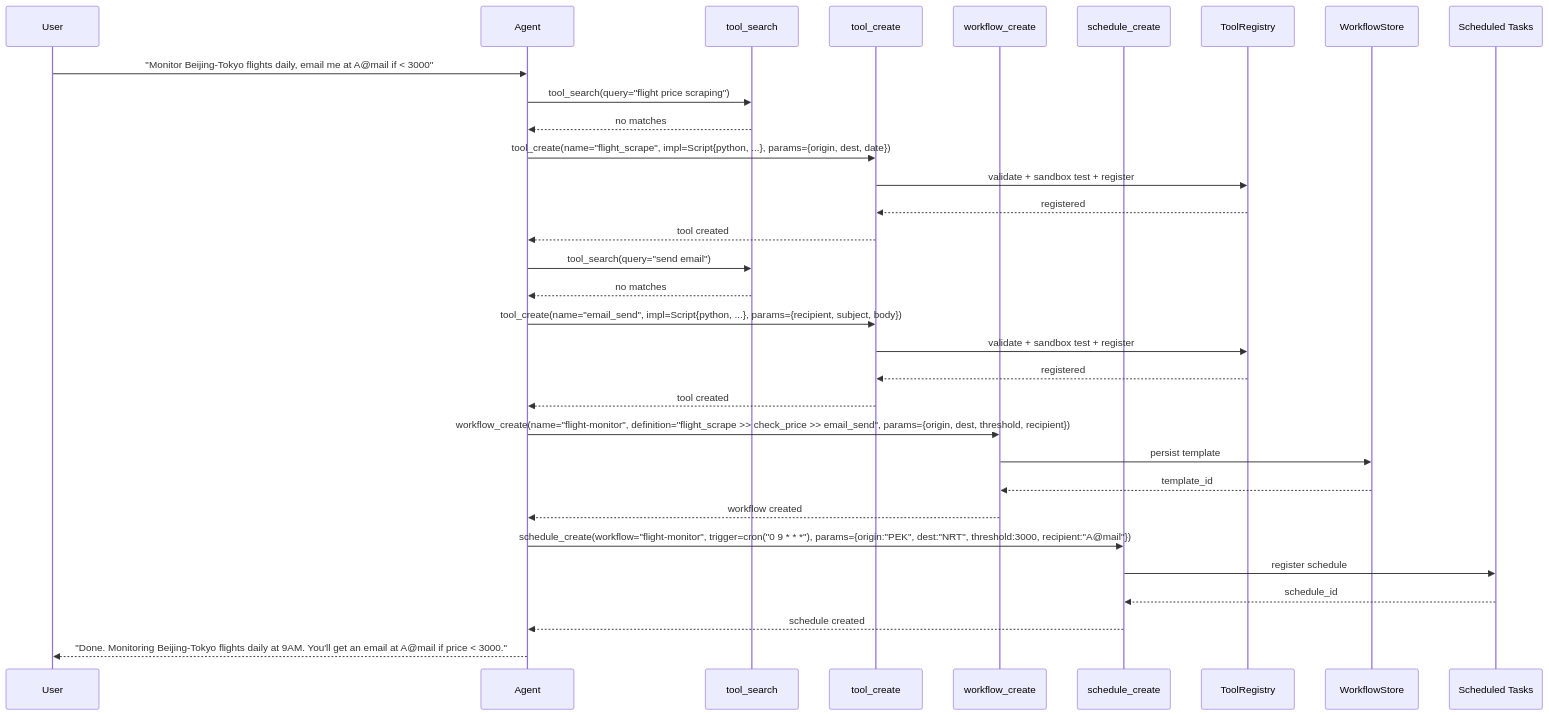
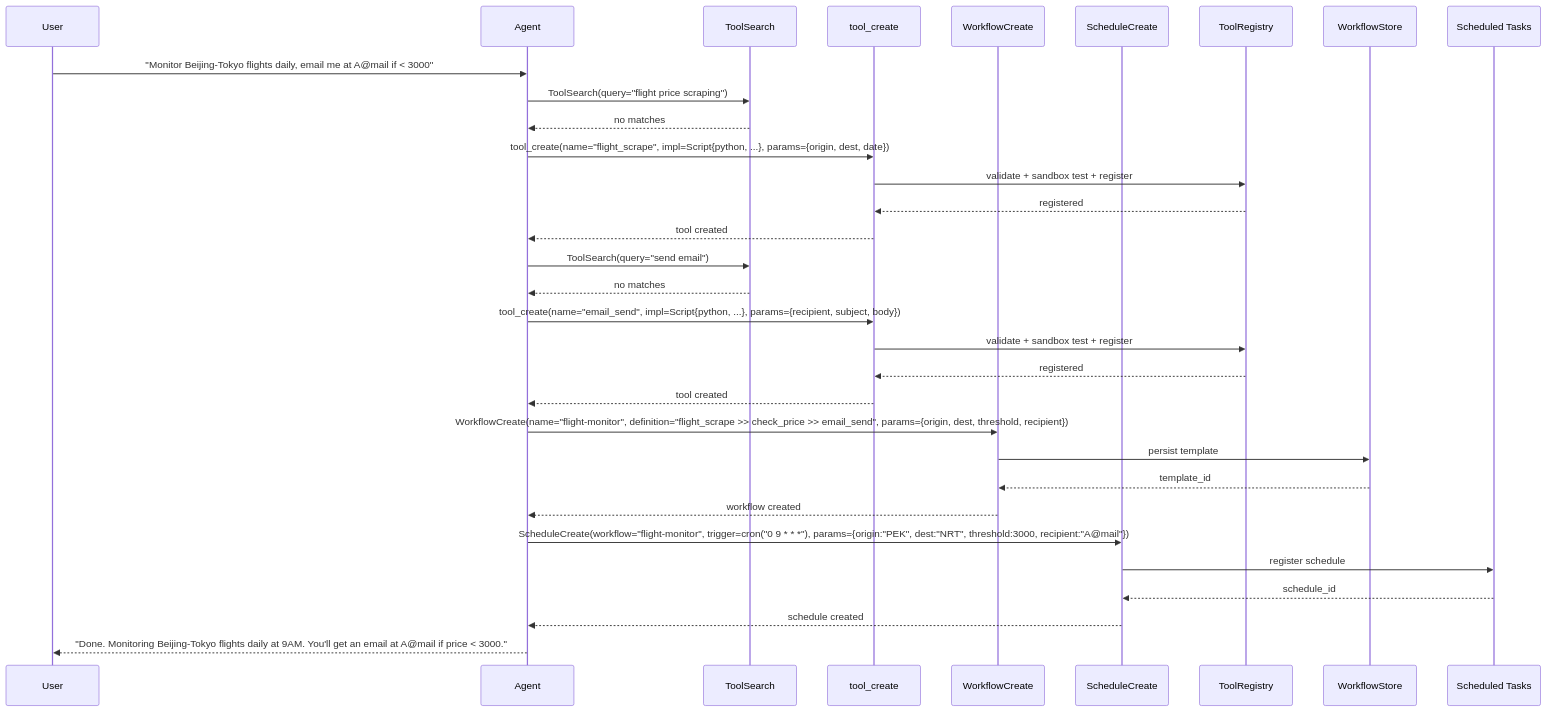
One commit to gorgiaxx/y-agent changed the fourth of 7 diagrams in docs/design/agent-autonomy-design.md. Above: the diagram before and after it, drawn with Mermaid. The commit also changed other lines of this file and 41 other files, not shown here.

````diff
--- a/docs/design/agent-autonomy-design.md
+++ b/docs/design/agent-autonomy-design.md
@@ -411,42 +415,42 @@
 ```mermaid
 sequenceDiagram
     participant User
     participant Agent
-    participant TS as tool_search
+    participant TS as ToolSearch
     participant TC as tool_create
-    participant WC as workflow_create
-    participant SC as schedule_create
+    participant WC as WorkflowCreate
+    participant SC as ScheduleCreate
     participant ToolReg as ToolRegistry
     participant WFStore as WorkflowStore
     participant Scheduler as Scheduled Tasks
 
     User->>Agent: "Monitor Beijing-Tokyo flights daily, email me at A@mail if < 3000"
 
-    Agent->>TS: tool_search(query="flight price scraping")
+    Agent->>TS: ToolSearch(query="flight price scraping")
     TS-->>Agent: no matches
 
     Agent->>TC: tool_create(name="flight_scrape", impl=Script{python, ...}, params={origin, dest, date})
     TC->>ToolReg: validate + sandbox test + register
     ToolReg-->>TC: registered
     TC-->>Agent: tool created
 
-    Agent->>TS: tool_search(query="send email")
+    Agent->>TS: ToolSearch(query="send email")
     TS-->>Agent: no matches
 
     Agent->>TC: tool_create(name="email_send", impl=Script{python, ...}, params={recipient, subject, body})
     TC->>ToolReg: validate + sandbox test + register
     ToolReg-->>TC: registered
     TC-->>Agent: tool created
 
-    Agent->>WC: workflow_create(name="flight-monitor", definition="flight_scrape >> check_price >> email_send", params={origin, dest, threshold, recipient})
+    Agent->>WC: WorkflowCreate(name="flight-monitor", definition="flight_scrape >> check_price >> email_send", params={origin, dest, threshold, recipient})
     WC->>WFStore: persist template
     WFStore-->>WC: template_id
     WC-->>Agent: workflow created
 
-    Agent->>SC: schedule_create(workflow="flight-monitor", trigger=cron("0 9 * * *"), params={origin:"PEK", dest:"NRT", threshold:3000, recipient:"A@mail"})
+    Agent->>SC: ScheduleCreate(workflow="flight-monitor", trigger=cron("0 9 * * *"), params={origin:"PEK", dest:"NRT", threshold:3000, recipient:"A@mail"})
     SC->>Scheduler: register schedule
     Scheduler-->>SC: schedule_id
     SC-->>Agent: schedule created
 
     Agent-->>User: "Done. Monitoring Beijing-Tokyo flights daily at 9AM. You'll get an email at A@mail if price < 3000."
 ```
````
